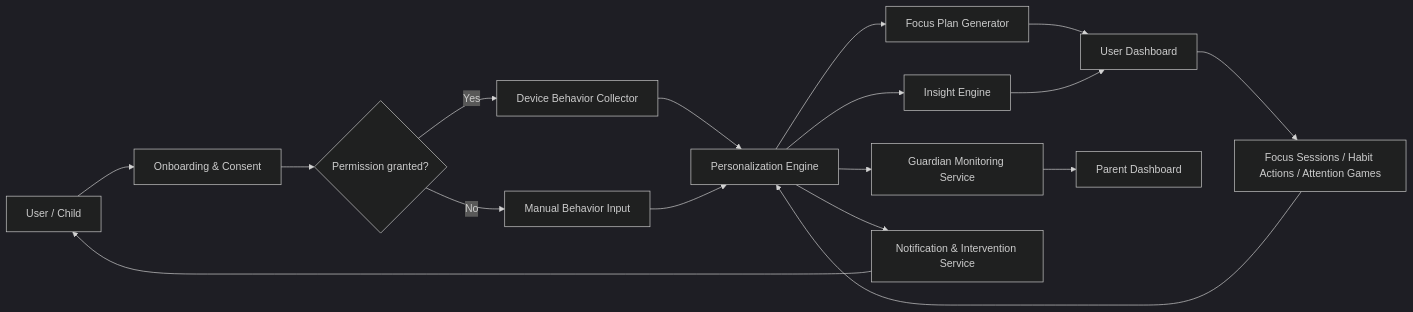
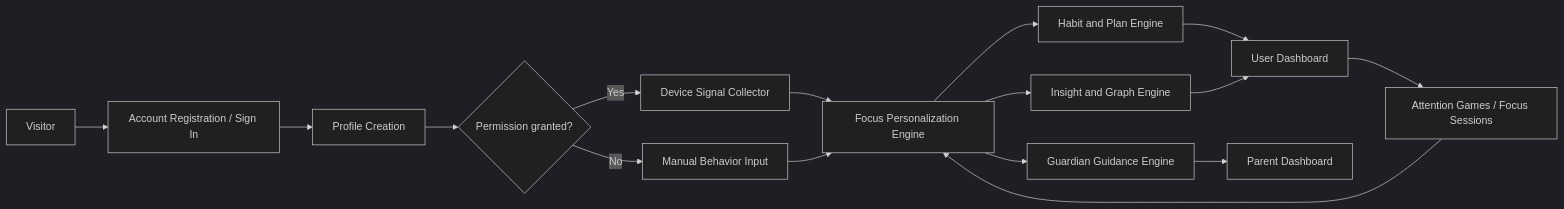
Before and after one commit to BasantSaad/brain-rot-X-BRAIN-BOOST: the first of 7 diagrams in ARCHITECTURE_DIAGRAM.md, drawn with Mermaid (dark theme). The commit also changed other lines of this file and 16 other files, not shown here.

````diff
--- a/ARCHITECTURE_DIAGRAM.md
+++ b/ARCHITECTURE_DIAGRAM.md
@@ -7,19 +5,18 @@
 ```mermaid
 flowchart LR
-    U["User / Child"] --> O["Onboarding & Consent"]
-    O --> P{"Permission granted?"}
-    P -->|Yes| D["Device Behavior Collector"]
-    P -->|No| M["Manual Behavior Input"]
-    D --> E["Personalization Engine"]
+    V["Visitor"] --> A["Account Registration / Sign In"]
+    A --> P["Profile Creation"]
+    P --> C{"Permission granted?"}
+    C -->|Yes| D["Device Signal Collector"]
+    C -->|No| M["Manual Behavior Input"]
+    D --> E["Focus Personalization Engine"]
     M --> E
-    E --> F["Focus Plan Generator"]
-    E --> I["Insight Engine"]
-    F --> UD["User Dashboard"]
-    I --> UD
-    UD --> S["Focus Sessions / Habit Actions / Attention Games"]
-    S --> E
-    E --> G["Guardian Monitoring Service"]
-    G --> PD["Parent Dashboard"]
-    E --> N["Notification & Intervention Service"]
-    N --> U
+    E --> H["Habit and Plan Engine"]
+    E --> I["Insight and Graph Engine"]
+    H --> U["User Dashboard"]
+    I --> U
+    U --> G["Attention Games / Focus Sessions"]
+    G --> E
+    E --> R["Guardian Guidance Engine"]
+    R --> PD["Parent Dashboard"]
 ```
````
